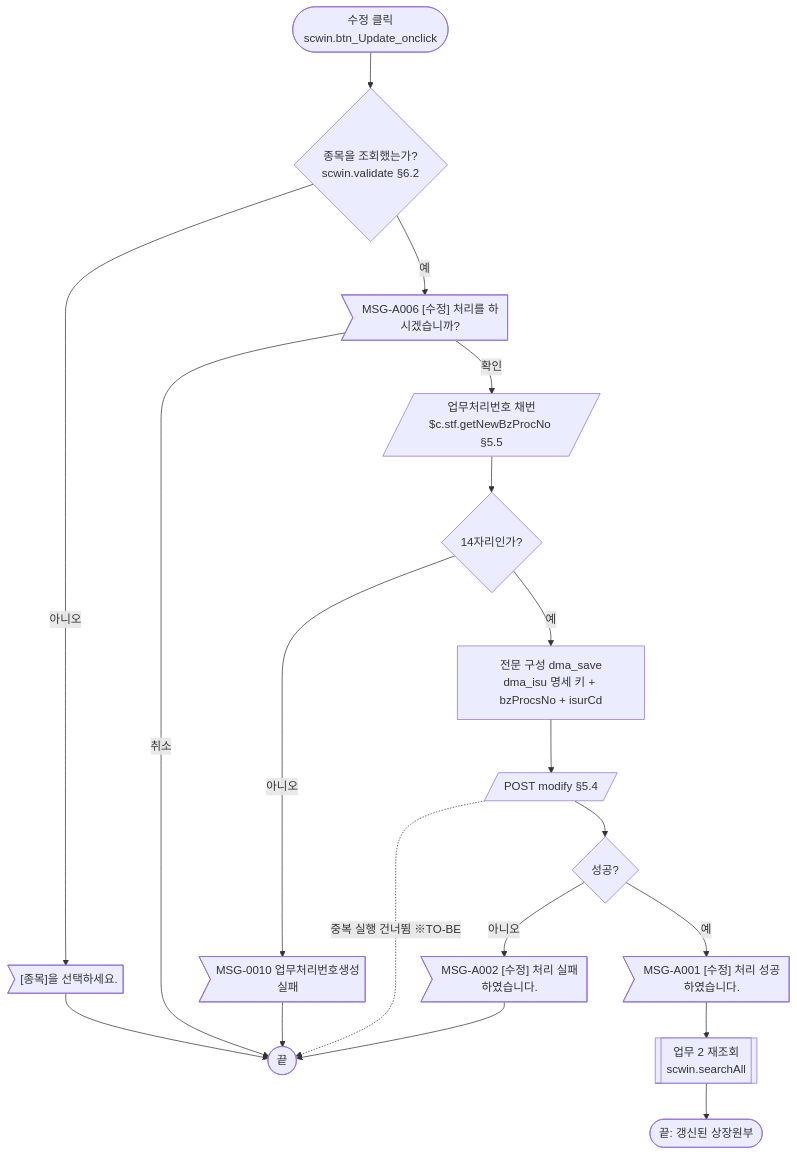
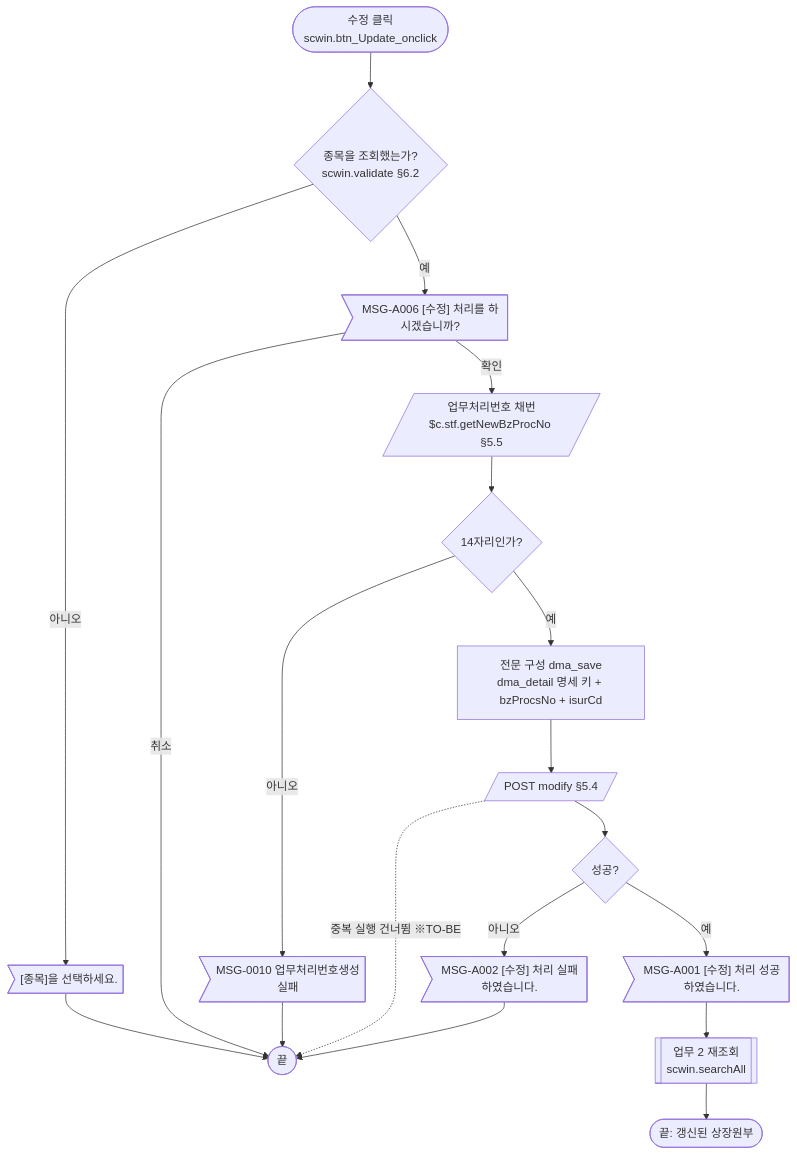
The fourth of 5 diagrams in conversion/conversion-front/ui/completed/ULDSTF05923/ULDSTF05923.md (jcpark-alt/KRX_CRAFT), drawn with Mermaid before and after one commit. The commit also changed other lines of this file and 32 other files, not shown here.

````diff
--- a/conversion/conversion-front/ui/completed/ULDSTF05923/ULDSTF05923.md
+++ b/conversion/conversion-front/ui/completed/ULDSTF05923/ULDSTF05923.md
@@ -113,16 +113,16 @@
 ```mermaid
 flowchart TD
     S(["수정 클릭<br/>scwin.btn_Update_onclick"]) --> V{"종목을 조회했는가?<br/>scwin.validate §6.2"}
     V -- "아니오" --> M1>"[종목]을 선택하세요."] --> E1(["끝"])
     V -- "예" --> C>"MSG-A006 [수정] 처리를 하시겠습니까?"]
     C -- "취소" --> E1
     C -- "확인" --> N[/"업무처리번호 채번<br/>$c.stf.getNewBzProcNo §5.5"/]
     N --> N1{"14자리인가?"}
     N1 -- "아니오" --> N2>"MSG-0010 업무처리번호생성실패"] --> E1
-    N1 -- "예" --> G["전문 구성 dma_save<br/>dma_isu 명세 키 + bzProcsNo + isurCd"]
+    N1 -- "예" --> G["전문 구성 dma_save<br/>dma_detail 명세 키 + bzProcsNo + isurCd"]
     G --> T[/"POST modify §5.4"/]
     T -. "중복 실행 건너뜀 ※TO-BE" .-> E1
     T --> R{"성공?"}
     R -- "아니오" --> F>"MSG-A002 [수정] 처리 실패하였습니다."] --> E1
     R -- "예" --> O>"MSG-A001 [수정] 처리 성공하였습니다."] --> Q[["업무 2 재조회<br/>scwin.searchAll"]] --> E2(["끝: 갱신된 상장원부"])
 ```
````
